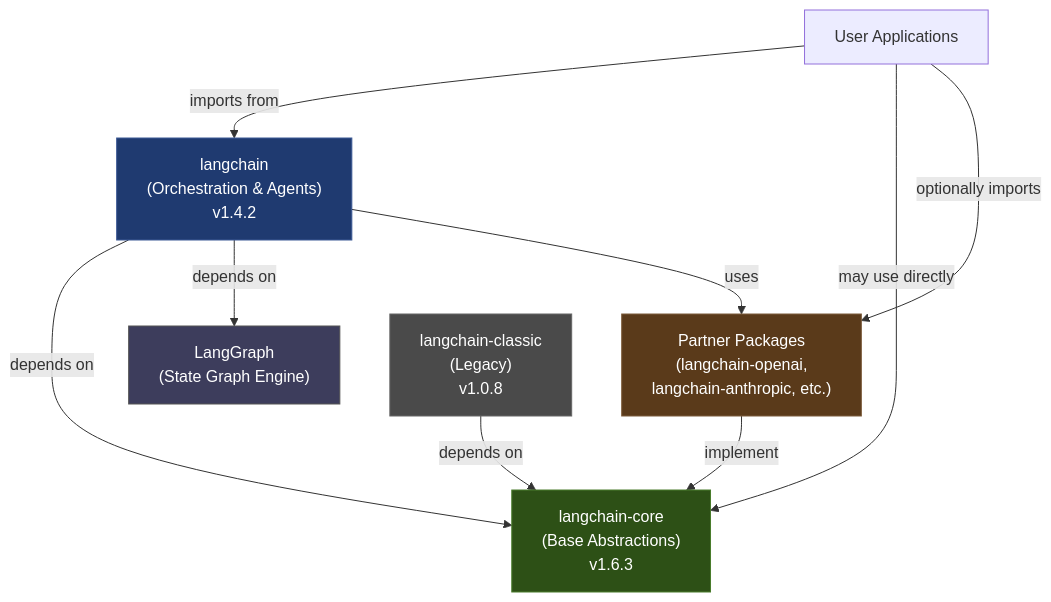
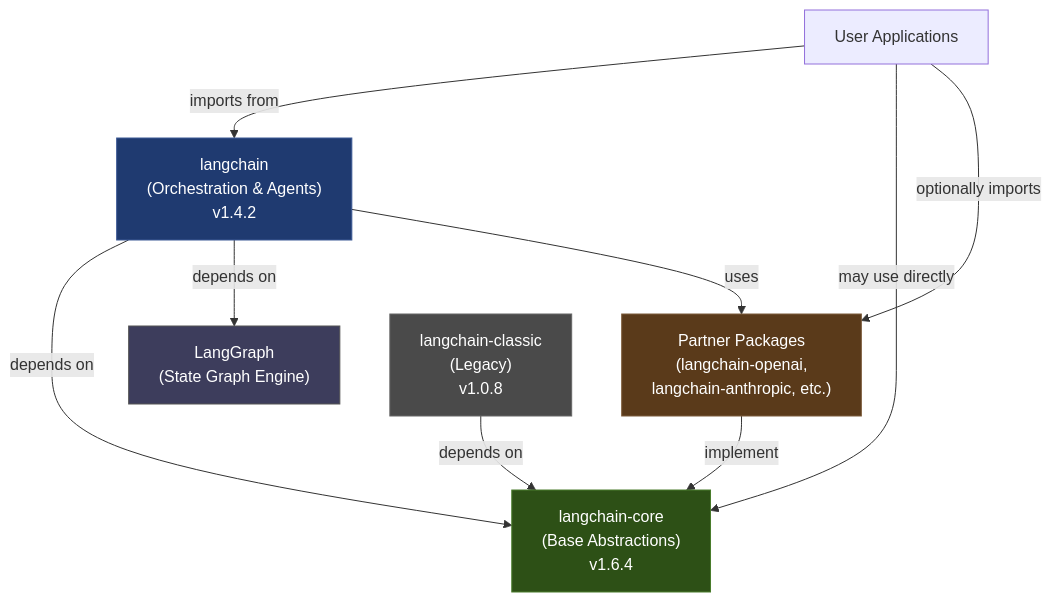
One commit to Rehman-AD/ai-langchain-core changed the first of 4 diagrams in openwiki/architecture.md. Above: the diagram before and after it, drawn with Mermaid. The commit also changed other lines of this file and 11 other files, not shown here.

````diff
--- a/openwiki/architecture.md
+++ b/openwiki/architecture.md
@@ -59,25 +59,25 @@
 ```mermaid
 graph TB
     User["User Applications"]
     
     User -->|imports from| LangChain["langchain<br/>(Orchestration & Agents)<br/>v1.4.2"]
-    User -->|may use directly| Core["langchain-core<br/>(Base Abstractions)<br/>v1.6.3"]
+    User -->|may use directly| Core["langchain-core<br/>(Base Abstractions)<br/>v1.6.4"]
     
     LangChain -->|depends on| Core
     LangChain -->|depends on| LangGraph["LangGraph<br/>(State Graph Engine)"]
     
     Partners["Partner Packages<br/>(langchain-openai,<br/>langchain-anthropic, etc.)"]
     Partners -->|implement| Core
     
     User -->|optionally imports| Partners
     LangChain -->|uses| Partners
     
     Classic["langchain-classic<br/>(Legacy)<br/>v1.0.8"]
     Classic -->|depends on| Core
     
     style Core fill:#2d5016,stroke:#4a7c2c,color:#fff
     style LangChain fill:#1f3a70,stroke:#3d5a96,color:#fff
     style Partners fill:#5a3a1a,stroke:#7d5c3c,color:#fff
     style Classic fill:#4a4a4a,stroke:#666,color:#fff
     style LangGraph fill:#3d3d5c,stroke:#555,color:#fff
 ```
````
